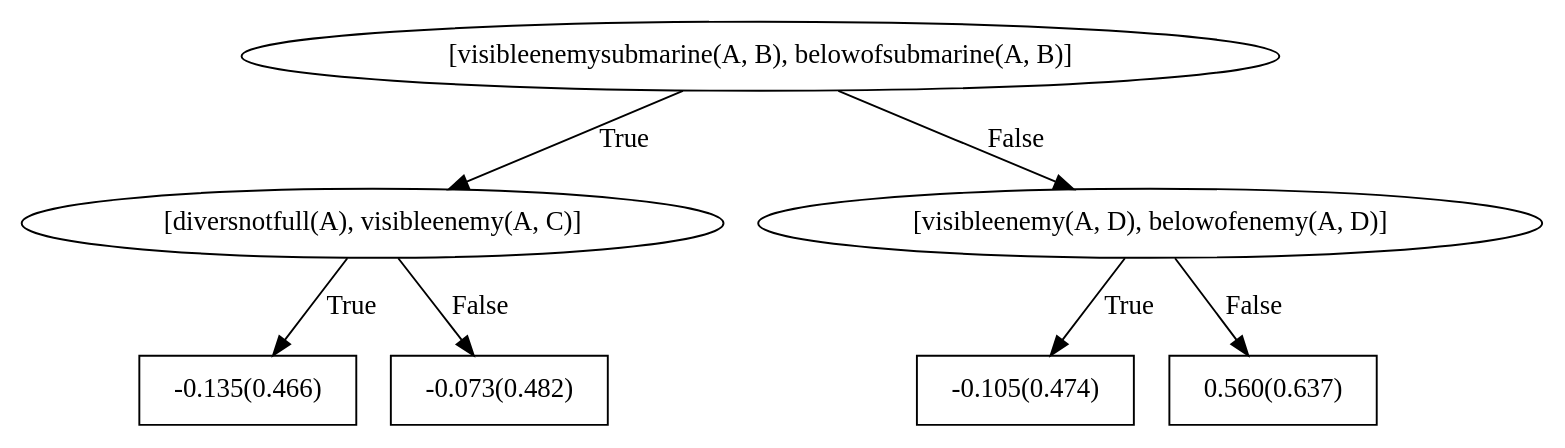
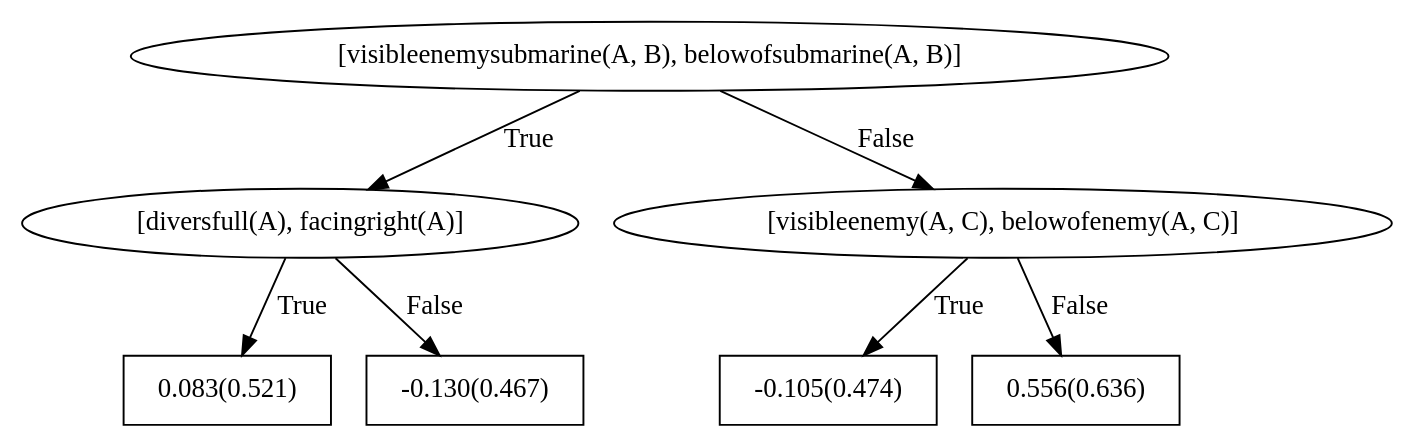
One commit to nikhileshp/NeSY-Imitation-Learning changed the diagram in rdn_models/seaquest/unweighted_negpos_2_trees_1_depth_1/noop/bRDNs/dotFiles/WILLTreeFor_noop0.dot. Above: the diagram before and after it, drawn with Graphviz. The commit also changed 1447 other files, not shown here.

```diff
--- a/rdn_models/seaquest/unweighted_negpos_2_trees_1_depth_1/noop/bRDNs/dotFiles/WILLTreeFor_noop0.dot
+++ b/rdn_models/seaquest/unweighted_negpos_2_trees_1_depth_1/noop/bRDNs/dotFiles/WILLTreeFor_noop0.dot
@@ -1,15 +1,15 @@
 digraph G{ 
 1[label = "[visibleenemysubmarine(A, B), belowofsubmarine(A, B)]"];
 1 -> 2[label="True"];
 1 -> 3[label="False"];
-2[label = "[diversnotfull(A), visibleenemy(A, C)]"];
+2[label = "[diversfull(A), facingright(A)]"];
 2 -> 4[label="True"];
 2 -> 5[label="False"];
-4[shape = box,label = "-0.135(0.466)"];
-5[shape = box,label = "-0.073(0.482)"];
-3[label = "[visibleenemy(A, D), belowofenemy(A, D)]"];
+4[shape = box,label = "0.083(0.521)"];
+5[shape = box,label = "-0.130(0.467)"];
+3[label = "[visibleenemy(A, C), belowofenemy(A, C)]"];
 3 -> 6[label="True"];
 3 -> 7[label="False"];
 6[shape = box,label = "-0.105(0.474)"];
-7[shape = box,label = "0.560(0.637)"];
+7[shape = box,label = "0.556(0.636)"];
 }
```
